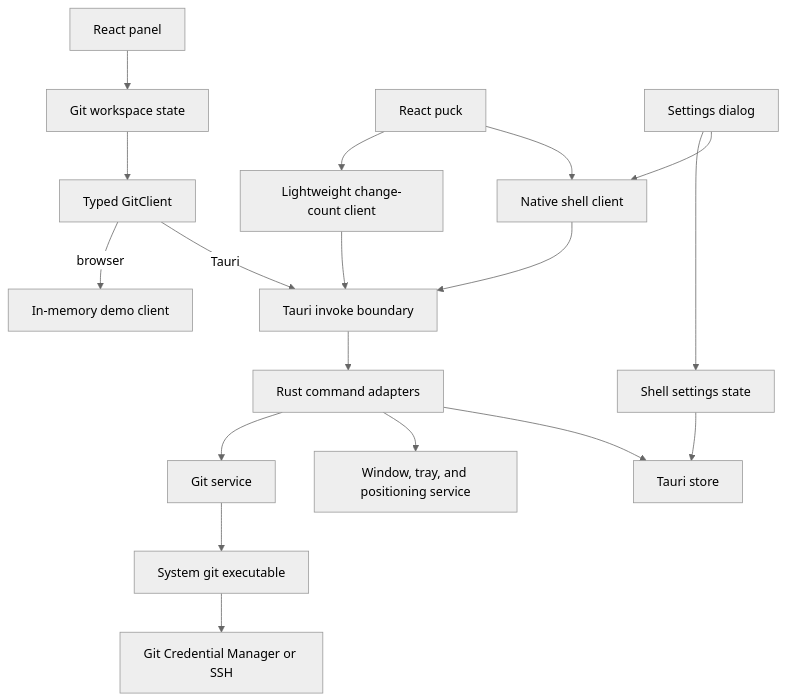
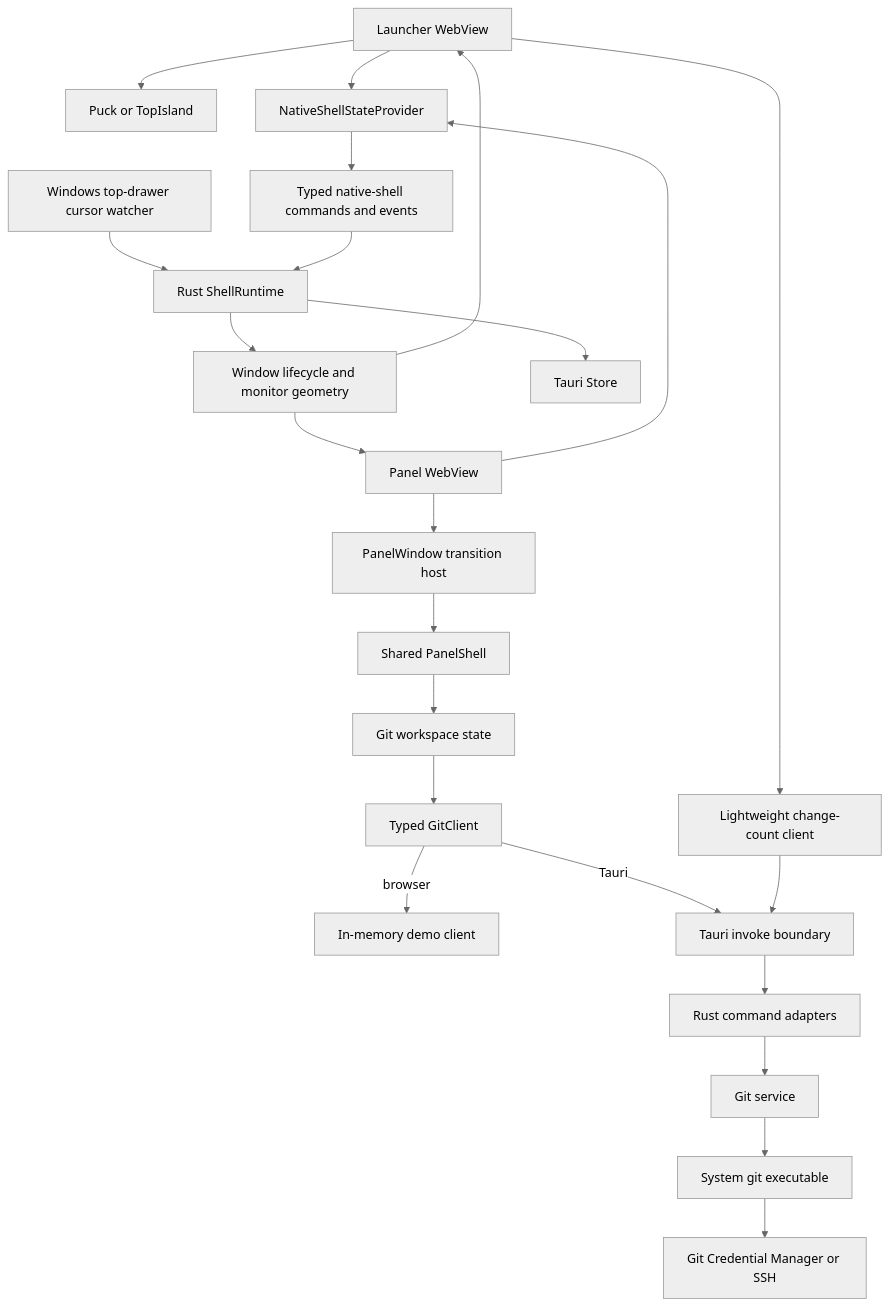
The first of 3 diagrams in docs/architecture.md (YYchainsAw/RepoPuck), drawn with Mermaid (neutral theme) before and after one commit. The commit also changed other lines of this file and 12 other files, not shown here.

````diff
--- a/docs/architecture.md
+++ b/docs/architecture.md
@@ -7,20 +15,28 @@
 ```mermaid
 flowchart TD
-    Panel["React panel"] --> Workspace["Git workspace state"]
-    Puck["React puck"] --> CountClient["Lightweight change-count client"]
-    Puck --> NativeClient["Native shell client"]
-    Settings["Settings dialog"] --> ShellSettings["Shell settings state"]
-    Settings --> NativeClient
+    Launcher["Launcher WebView"] --> Puck["Puck or TopIsland"]
+    PanelView["Panel WebView"] --> PanelWindow["PanelWindow transition host"]
+    PanelWindow --> PanelShell["Shared PanelShell"]
+    PanelShell --> Workspace["Git workspace state"]
+    Launcher --> CountClient["Lightweight change-count client"]
+
+    Launcher --> NativeProvider["NativeShellStateProvider"]
+    PanelView --> NativeProvider
+    NativeProvider --> NativeCommands["Typed native-shell commands and events"]
+
+    Drawer["Windows top-drawer cursor watcher"] --> Runtime["Rust ShellRuntime"]
+    NativeCommands --> Runtime
+    Runtime --> Windowing["Window lifecycle and monitor geometry"]
+    Runtime --> Store["Tauri Store"]
+    Windowing --> Launcher
+    Windowing --> PanelView
+
     Workspace --> GitClient["Typed GitClient"]
     GitClient -->|"browser"| Demo["In-memory demo client"]
     GitClient -->|"Tauri"| Invoke["Tauri invoke boundary"]
     CountClient --> Invoke
-    NativeClient --> Invoke
-    ShellSettings --> Store["Tauri store"]
     Invoke --> Commands["Rust command adapters"]
     Commands --> GitService["Git service"]
-    Commands --> Windowing["Window, tray, and positioning service"]
-    Commands --> Store
     GitService --> Git["System git executable"]
     Git --> Auth["Git Credential Manager or SSH"]
 ```
````
